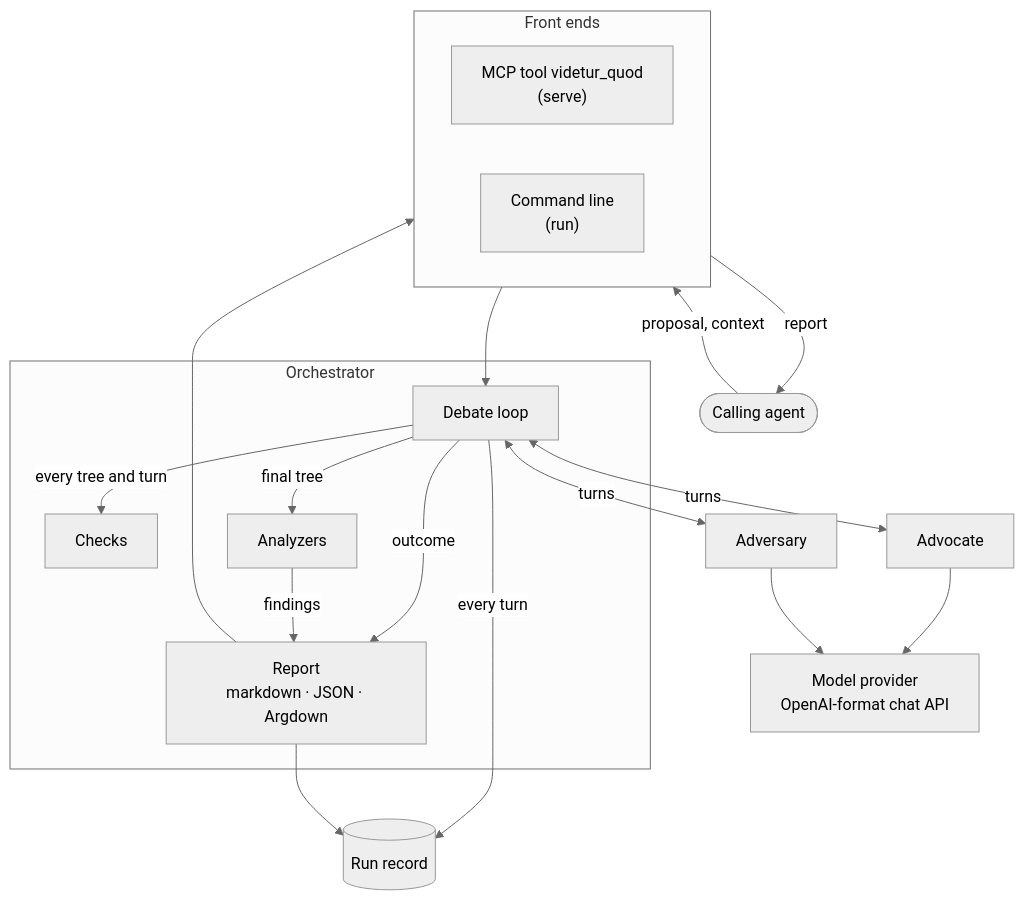
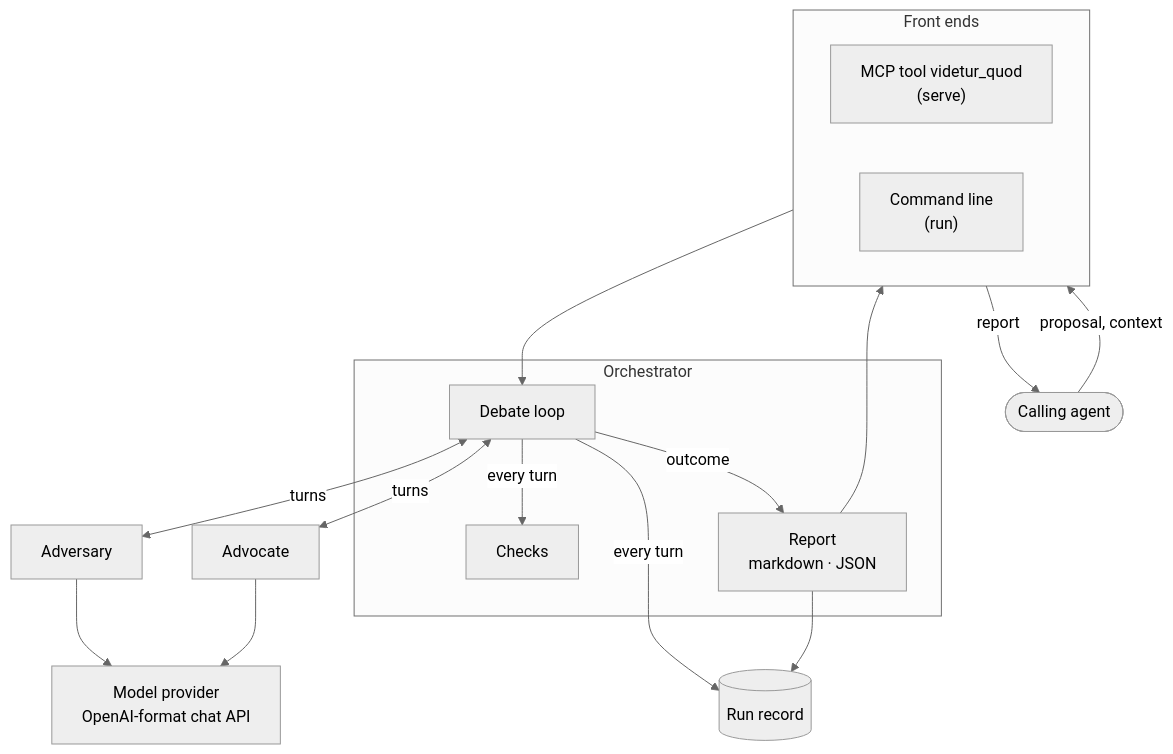
The diagram in README.md (AhmedKishki/sedcontra), drawn with Mermaid (neutral theme) before and after one commit. The commit also changed other lines of this file and 35 other files, not shown here.

````diff
--- a/README.md
+++ b/README.md
@@ -25,32 +27,29 @@
 ```mermaid
 flowchart TB
     caller(["Calling agent"])
     subgraph frontends ["Front ends"]
         mcp["MCP tool videtur_quod<br>(serve)"]
         cli["Command line<br>(run)"]
     end
     subgraph orchestrator ["Orchestrator"]
         debate["Debate loop"]
         checks["Checks"]
-        analyzers["Analyzers"]
-        report["Report<br>markdown · JSON · Argdown"]
+        report["Report<br>markdown · JSON"]
     end
+    adversary["Adversary"]
     advocate["Advocate"]
-    adversary["Adversary"]
     provider["Model provider<br>OpenAI-format chat API"]
     record[("Run record")]
 
     caller -->|"proposal, context"| frontends
     frontends --> debate
+    debate <-->|"turns"| adversary
     debate <-->|"turns"| advocate
-    debate <-->|"turns"| adversary
-    advocate & adversary --> provider
-    debate -->|"every tree and turn"| checks
-    debate -->|"final tree"| analyzers
+    adversary & advocate --> provider
+    debate -->|"every turn"| checks
     debate -->|"outcome"| report
-    analyzers -->|"findings"| report
     debate -->|"every turn"| record
     report --> record
     report --> frontends
     frontends -->|"report"| caller
 ```
````
